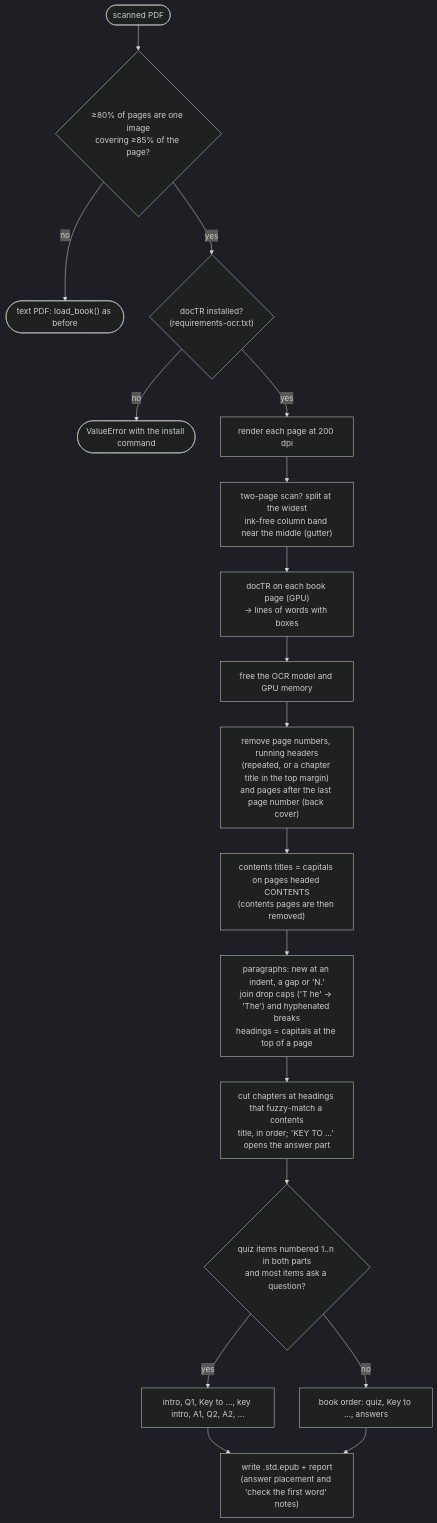
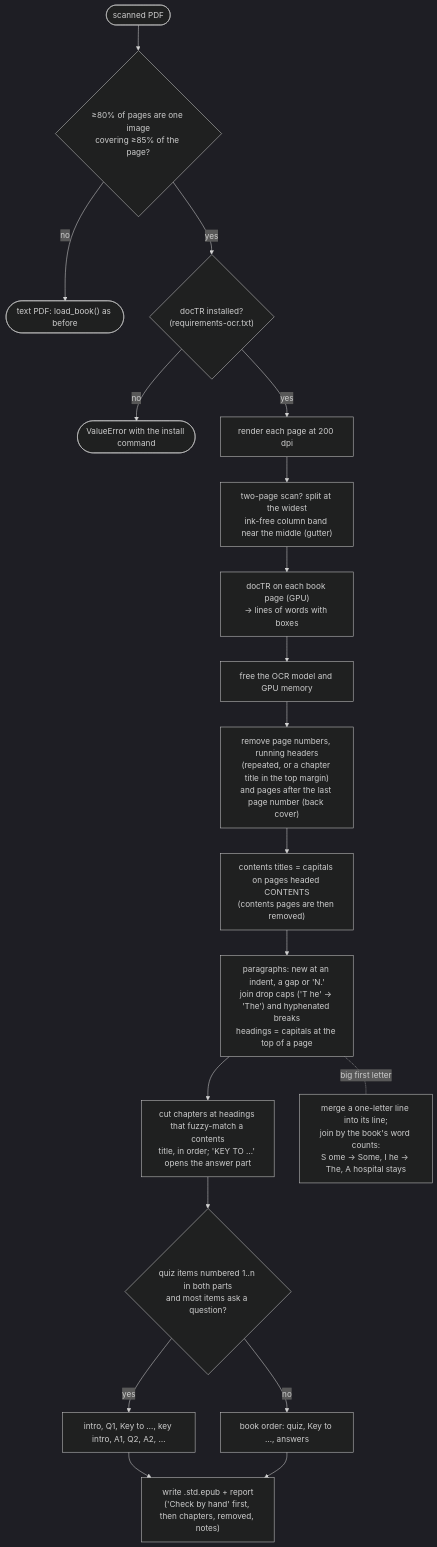
Before and after one commit to Fgkl10/ebook-convert-to-audio: the second of 7 diagrams in desktop/docs/workflow.md, drawn with Mermaid (dark theme). The commit also changed other lines of this file and 5 other files, not shown here.

First line of the commit message:
Scanned PDFs: join big first letters by the book's own words; checks first

````diff
--- a/desktop/docs/workflow.md
+++ b/desktop/docs/workflow.md
@@ -43,20 +44,21 @@
 ```mermaid
 flowchart TD
     S([scanned PDF]) --> D{"≥80% of pages are one image<br/>covering ≥85% of the page?"}
     D -- no --> T(["text PDF: load_book() as before"])
     D -- yes --> E{"docTR installed?<br/>(requirements-ocr.txt)"}
     E -- no --> ERR(["ValueError with the install command"])
     E -- yes --> R["render each page at 200 dpi"]
     R --> G["two-page scan? split at the widest<br/>ink-free column band near the middle (gutter)"]
     G --> O["docTR on each book page (GPU)<br/>→ lines of words with boxes"]
     O --> FREE["free the OCR model and GPU memory"]
     FREE --> M["remove page numbers, running headers<br/>(repeated, or a chapter title in the top margin)<br/>and pages after the last page number (back cover)"]
     M --> C["contents titles = capitals on pages headed CONTENTS<br/>(contents pages are then removed)"]
     C --> P["paragraphs: new at an indent, a gap or 'N.'<br/>join drop caps ('T he' → 'The') and hyphenated breaks<br/>headings = capitals at the top of a page"]
     P --> H["cut chapters at headings that fuzzy-match a contents<br/>title, in order; 'KEY TO …' opens the answer part"]
+    P -. "big first letter" .- DC["merge a one-letter line into its line;<br/>join by the book's word counts:<br/>S ome → Some, I he → The, A hospital stays"]
     H --> Q{"quiz items numbered 1..n in both parts<br/>and most items ask a question?"}
     Q -- yes --> I["intro, Q1, Key to …, key intro, A1, Q2, A2, …"]
     Q -- no --> BO["book order: quiz, Key to …, answers"]
     I --> W
-    BO --> W["write .std.epub + report<br/>(answer placement and 'check the first word' notes)"]
+    BO --> W["write .std.epub + report<br/>('Check by hand' first, then chapters, removed, notes)"]
 ```
````
